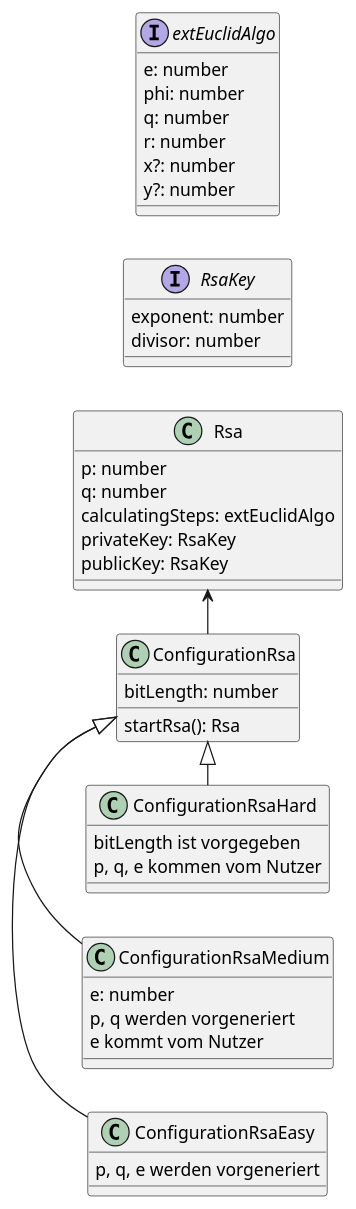
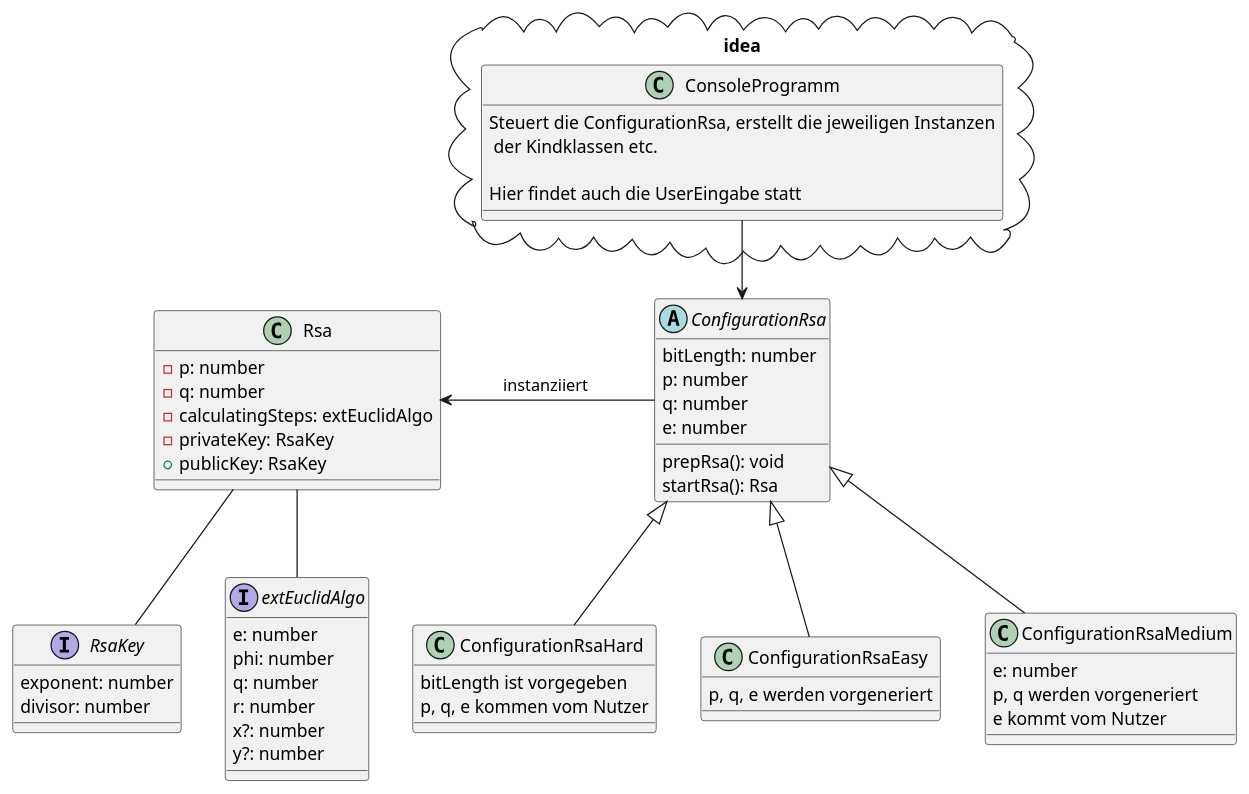
Before and after one commit to a-schulz/ALADIN_Cryptography: the diagram in docs/class_diagram.puml, drawn with PlantUML. The commit also changed 1 other file, not shown here.

Commit message:
updated diagrams

```diff
--- a/docs/class_diagram.puml
+++ b/docs/class_diagram.puml
@@ -1,50 +1,65 @@
 @startuml "class diagram rsa"
+'https://plantuml.com/class-diagram
 'top to bottom direction
-left to right direction
+'left to right direction
+skinparam groupInheritance 4
 
-class ConfigurationRsa{
+abstract class ConfigurationRsa{
     bitLength: number
+    p: number
+    q: number
+    e: number
+    prepRsa(): void
     startRsa(): Rsa
 }
 
 class ConfigurationRsaEasy{
 p, q, e werden vorgeneriert
 }
 class ConfigurationRsaMedium{
     e: number
     p, q werden vorgeneriert
     e kommt vom Nutzer
 }
 class ConfigurationRsaHard{
     bitLength ist vorgegeben
     p, q, e kommen vom Nutzer
 }
 
-ConfigurationRsaEasy -u|> ConfigurationRsa
-ConfigurationRsaMedium -u|> ConfigurationRsa
-ConfigurationRsaHard -u|> ConfigurationRsa
+ConfigurationRsaEasy --u|> ConfigurationRsa
+ConfigurationRsaMedium --u|> ConfigurationRsa
+ConfigurationRsaHard --u|> ConfigurationRsa
 
 class Rsa{
-p: number
-q: number
-calculatingSteps: extEuclidAlgo
-privateKey: RsaKey
-publicKey: RsaKey
+-p: number
+-q: number
+-calculatingSteps: extEuclidAlgo
+-privateKey: RsaKey
++publicKey: RsaKey
 }
 
 interface RsaKey {
 exponent: number
 divisor: number
 }
 
 interface extEuclidAlgo {
     e: number
     phi: number
     q: number
     r: number
     x?: number
     y?: number
 }
+Rsa -- RsaKey
+Rsa -- extEuclidAlgo
+Rsa <- ConfigurationRsa: "instanziiert "
 
-Rsa <- ConfigurationRsa
+package idea <<Cloud>>{
+    class ConsoleProgramm{
+        Steuert die ConfigurationRsa, erstellt die jeweiligen Instanzen\n der Kindklassen etc.
+        \nHier findet auch die UserEingabe statt
+    }
+}
+ConsoleProgramm --> ConfigurationRsa
 @enduml
```
